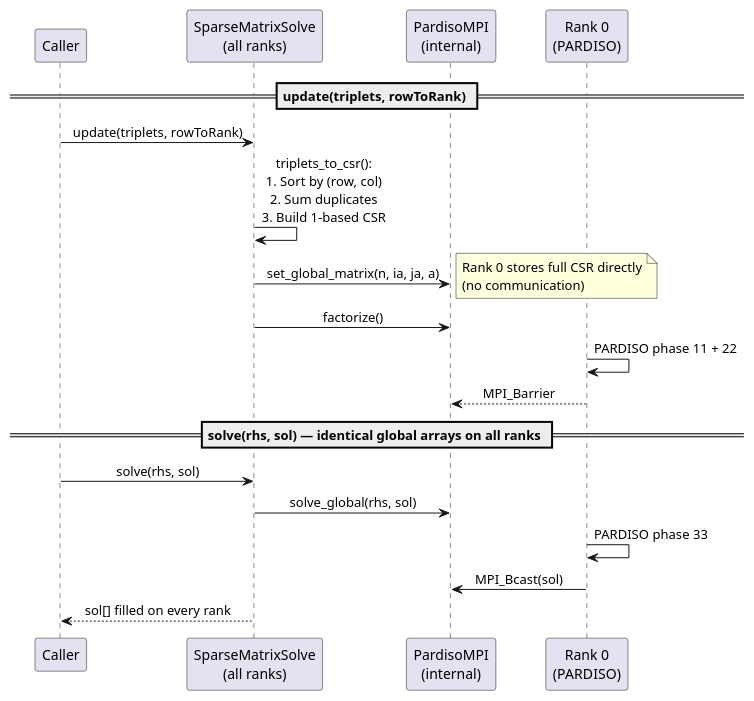
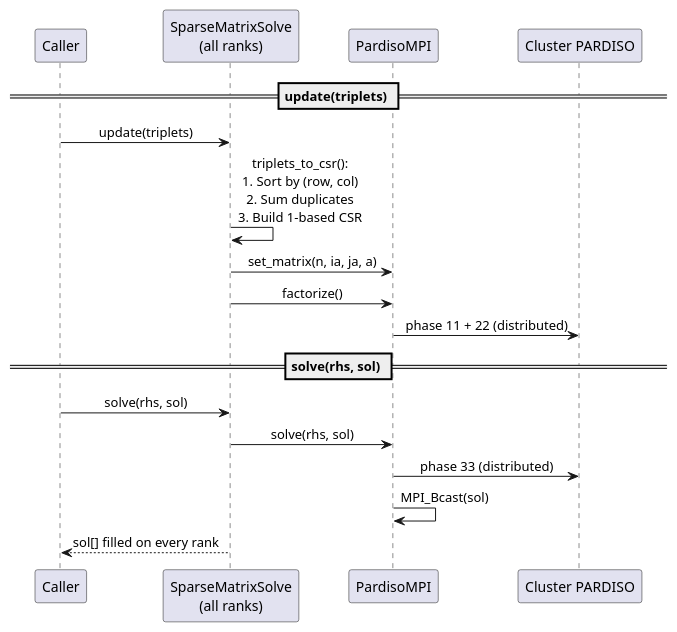
One commit to kyungminlee/pardiso-mpi changed the second of 2 diagrams in DEVELOPER.md. Above: the diagram before and after it, drawn with PlantUML. The commit also changed other lines of this file and 9 other files, not shown here.

First line of the commit message:
Replace serial PARDISO with MKL Cluster PARDISO

````diff
--- a/DEVELOPER.md
+++ b/DEVELOPER.md
@@ -300,35 +175,31 @@
 ```plantuml
 @startuml sparse_matrix_solve_sequence
 skinparam sequenceMessageAlign center
 skinparam participantPadding 20
 
 participant "Caller"              as C
 participant "SparseMatrixSolve\n(all ranks)" as S
-participant "PardisoMPI\n(internal)"         as PM
-participant "Rank 0\n(PARDISO)"              as R0
+participant "PardisoMPI"          as PM
+participant "Cluster PARDISO"     as P
 
-== update(triplets, rowToRank) ==
+== update(triplets) ==
 
-C -> S : update(triplets, rowToRank)
+C -> S : update(triplets)
 
 S -> S : triplets_to_csr():\n1. Sort by (row, col)\n2. Sum duplicates\n3. Build 1-based CSR
 
-S -> PM : set_global_matrix(n, ia, ja, a)
-note right : Rank 0 stores full CSR directly\n(no communication)
+S -> PM : set_matrix(n, ia, ja, a)
+S -> PM : factorize()
+PM -> P : phase 11 + 22 (distributed)
 
-S -> PM : factorize()
-R0 -> R0 : PARDISO phase 11 + 22
-PM <-- R0 : MPI_Barrier
-
-== solve(rhs, sol) — identical global arrays on all ranks ==
+== solve(rhs, sol) ==
 
 C -> S : solve(rhs, sol)
-
-S -> PM : solve_global(rhs, sol)
-R0 -> R0 : PARDISO phase 33
-R0 -> PM : MPI_Bcast(sol)
+S -> PM : solve(rhs, sol)
+PM -> P : phase 33 (distributed)
+PM -> PM : MPI_Bcast(sol)
 
 S --> C : sol[] filled on every rank
 
 @enduml
 ```
````
